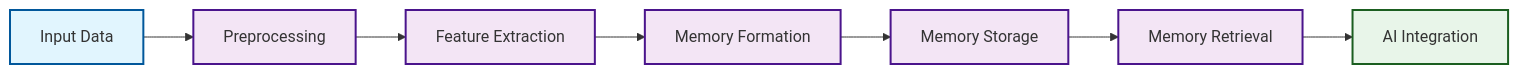
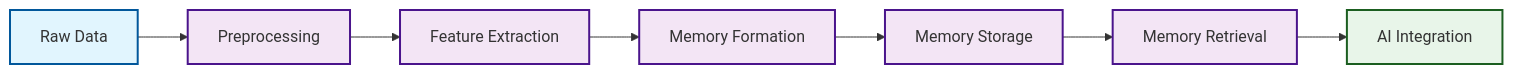
One commit to Vortx-AI/memories-dev changed the third of 3 diagrams in README.md. Above: the diagram before and after it, drawn with Mermaid. The commit also changed other lines of this file, not shown here.

````diff
--- a/README.md
+++ b/README.md
@@ -140,20 +135,20 @@
 ```mermaid
 graph LR
-    %% Style definitions
-    classDef inputNode fill:#e1f5fe,stroke:#01579b,stroke-width:2px
-    classDef processNode fill:#f3e5f5,stroke:#4a148c,stroke-width:2px
-    classDef outputNode fill:#e8f5e9,stroke:#1b5e20,stroke-width:2px
+    %% Styles
+    classDef input fill:#e1f5fe,stroke:#01579b,stroke-width:2px;
+    classDef process fill:#f3e5f5,stroke:#4a148c,stroke-width:2px;
+    classDef output fill:#e8f5e9,stroke:#1b5e20,stroke-width:2px;
 
-    %% Nodes
-    I["Input Data"] --> P1["Preprocessing"]
-    P1 --> P2["Feature Extraction"]
-    P2 --> P3["Memory Formation"]
-    P3 --> P4["Memory Storage"]
-    P4 --> P5["Memory Retrieval"]
-    P5 --> O["AI Integration"]
+    %% Pipeline
+    I[Raw Data] --> P1[Preprocessing]
+    P1 --> P2[Feature Extraction]
+    P2 --> P3[Memory Formation]
+    P3 --> P4[Memory Storage]
+    P4 --> P5[Memory Retrieval]
+    P5 --> O[AI Integration]
 
-    %% Apply styles
-    class I inputNode
-    class P1,P2,P3,P4,P5 processNode
-    class O outputNode
+    %% Styles
+    class I input;
+    class P1,P2,P3,P4,P5 process;
+    class O output;
 ```
````
